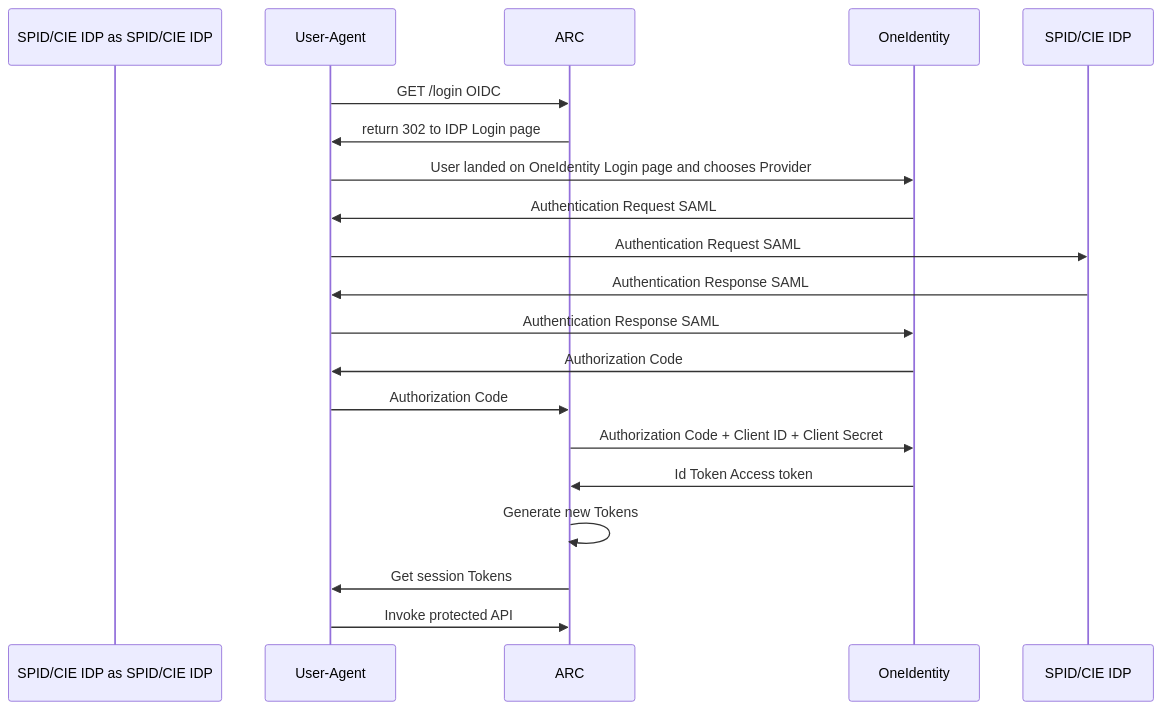
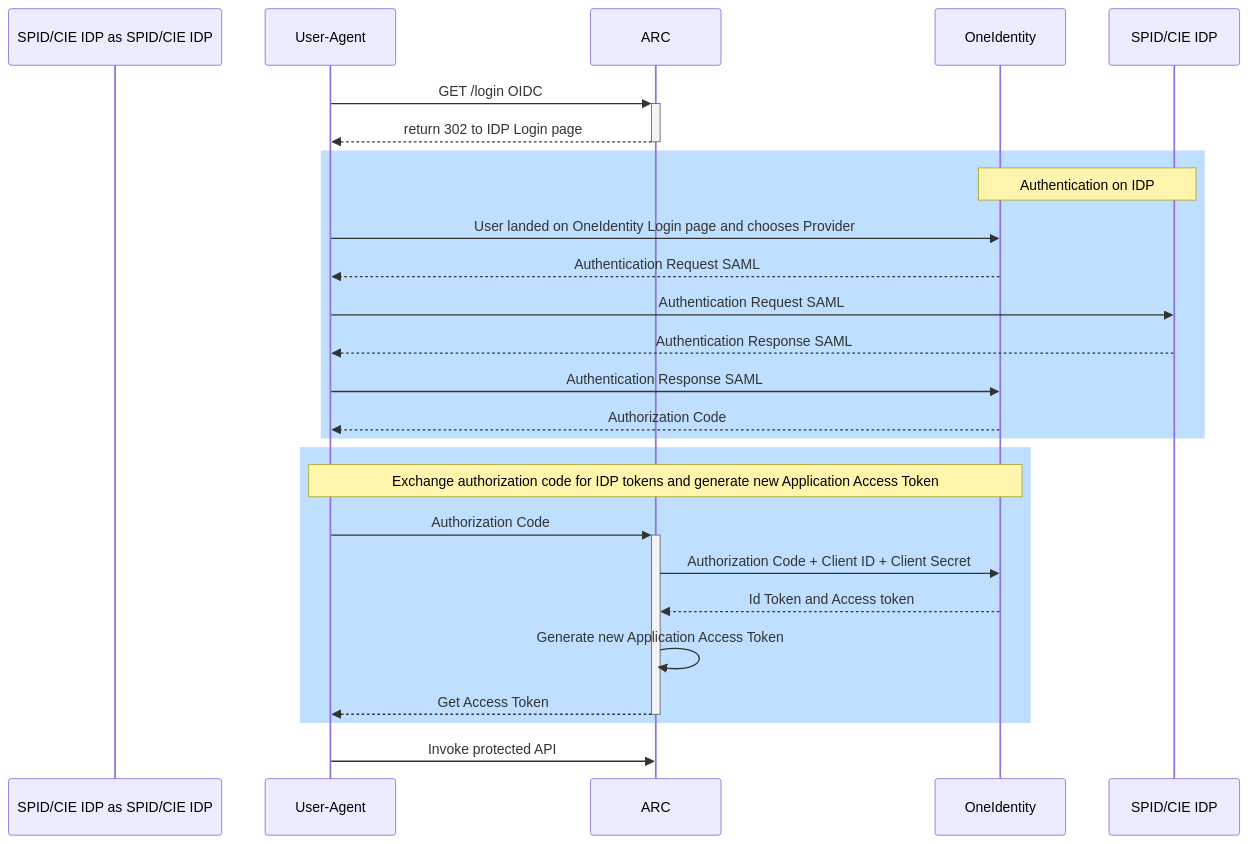
One commit to pagopa/p4pa-doc changed the diagram in design/arc/oneidentity-integration/sequence_diagram_authentication.mmd. Above: the diagram before and after it, drawn with Mermaid.

Commit message:
P4PU-171 updated sequence

```diff
--- a/design/arc/oneidentity-integration/sequence_diagram_authentication.mmd
+++ b/design/arc/oneidentity-integration/sequence_diagram_authentication.mmd
@@ -1,21 +1,30 @@
 sequenceDiagram
     participant SPID/CIE IDP as SPID/CIE IDP
     participant User-Agent as User-Agent
     participant ARC as ARC
     participant OneIdentity as OneIdentity
 
 
-    User-Agent ->> ARC: GET /login OIDC
-    ARC ->> User-Agent: return 302 to IDP Login page
-    User-Agent ->> OneIdentity: User landed on OneIdentity Login page and chooses Provider
-    OneIdentity ->> User-Agent: Authentication Request SAML
-    User-Agent ->> SPID/CIE IDP: Authentication Request SAML
-    SPID/CIE IDP ->> User-Agent: Authentication Response SAML
-    User-Agent ->> OneIdentity: Authentication Response SAML
-    OneIdentity ->> User-Agent: Authorization Code
-    User-Agent ->> ARC: Authorization Code
-    ARC ->> OneIdentity: Authorization Code + Client ID + Client Secret
-    OneIdentity ->> ARC: Id Token Access token
-    ARC ->> ARC: Generate new Tokens
-    ARC ->> User-Agent: Get session Tokens
+    User-Agent ->>+ ARC: GET /login OIDC
+    ARC -->>- User-Agent: return 302 to IDP Login page
+
+    rect rgb(190, 223, 255)
+        note over SPID/CIE IDP, OneIdentity : Authentication on IDP
+        User-Agent ->> OneIdentity: User landed on OneIdentity Login page and chooses Provider
+        OneIdentity -->> User-Agent: Authentication Request SAML
+        User-Agent ->> SPID/CIE IDP: Authentication Request SAML
+        SPID/CIE IDP -->> User-Agent: Authentication Response SAML
+        User-Agent ->> OneIdentity: Authentication Response SAML
+        OneIdentity -->> User-Agent: Authorization Code
+    end
+
+    rect rgb(190, 223, 255)
+        note over User-Agent, OneIdentity : Exchange authorization code for IDP tokens and generate new Application Access Token
+        User-Agent ->>+ ARC: Authorization Code
+        ARC ->> OneIdentity: Authorization Code + Client ID + Client Secret
+        OneIdentity -->> ARC: Id Token and Access token
+        ARC ->> ARC: Generate new Application Access Token
+        ARC -->>- User-Agent: Get Access Token
+    end
+
     User-Agent ->> ARC: Invoke protected API
```
